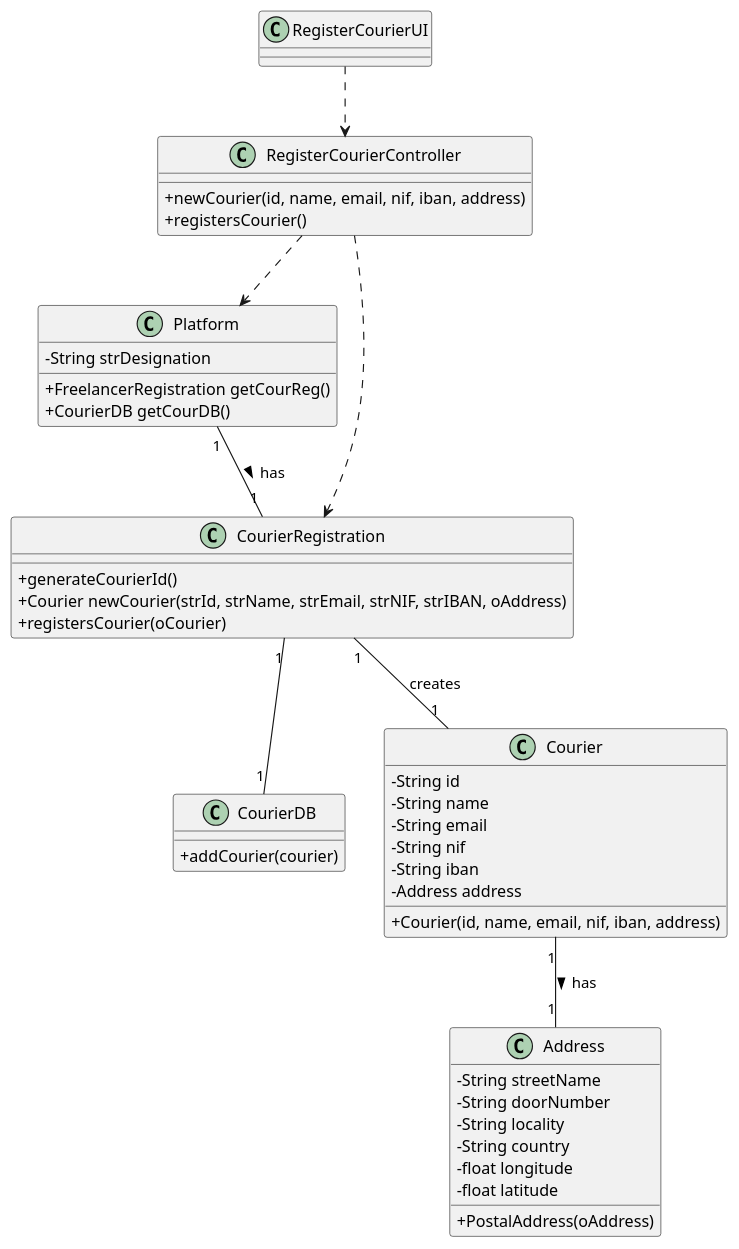
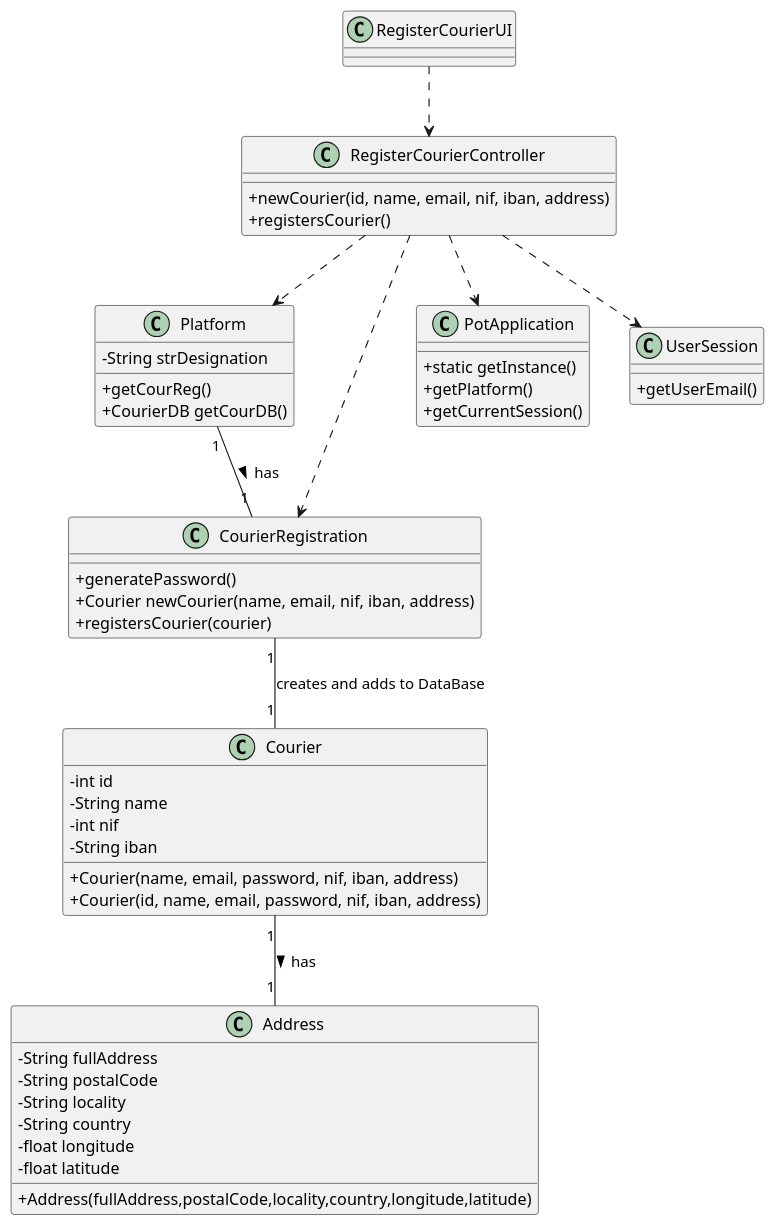
Before and after one commit to tiagoavcosta25/LAPR3: the diagram in docs/Iteration 1/Courier Management/US19_RegisterCourier/US19_CD.puml, drawn with PlantUML. The commit also changed 12 other files, not shown here.

Commit message:
LAPR2AP2-19 #close RegisterCourier [Implementation]

```diff
--- a/docs/Iteration 1/Courier Management/US19_RegisterCourier/US19_CD.puml
+++ b/docs/Iteration 1/Courier Management/US19_RegisterCourier/US19_CD.puml
@@ -1,70 +1,78 @@
 @startuml
 skinparam classAttributeIconSize 0
 
 
 class RegisterCourierUI {
     
 }
 
 class RegisterCourierController {
     
   +newCourier(id, name, email, nif, iban, address)
   +registersCourier()
 }
 
 class Platform {
   -String strDesignation
-  +FreelancerRegistration getCourReg()
+  +getCourReg()
   +CourierDB getCourDB()
 }
 
 class CourierRegistration {
 
-  +generateCourierId()
-  +Courier newCourier(strId, strName, strEmail, strNIF, strIBAN, oAddress)
-  +registersCourier(oCourier)
+  +generatePassword()
+  +Courier newCourier(name, email, nif, iban, address)
+  +registersCourier(courier)
 
-}
-
-class CourierDB {
-  +addCourier(courier)
 }
 
 
 class Courier {
-    -String id
+    -int id
     -String name
-    -String email
-    -String nif
+    -int nif
     -String iban
-    -Address address
 
-   +Courier(id, name, email, nif, iban, address)
+   +Courier(name, email, password, nif, iban, address)
+   +Courier(id, name, email, password, nif, iban, address)
 
 }
 
 class Address{
- -String streetName
-   -String doorNumber
-   -String locality
-   -String country
-   -float longitude
-   -float latitude
+ -String fullAddress
+ -String postalCode
+ -String locality
+ -String country
+ -float longitude
+ -float latitude
 
-  +PostalAddress(oAddress)
+  +Address(fullAddress,postalCode,locality,country,longitude,latitude)
 
+}
+
+class PotApplication
+{
+  +static getInstance()
+  +getPlatform()
+  +getCurrentSession()
+}
+
+class UserSession
+{
+  +getUserEmail()
 }
 
 Platform "1" -- "1" CourierRegistration: has >
 
-CourierRegistration "1" -- "1" CourierDB
-CourierRegistration "1" -- "1" Courier : creates
+CourierRegistration "1" -- "1" Courier : creates and adds to DataBase
 
 RegisterCourierUI ..> RegisterCourierController
 
 RegisterCourierController ..> Platform
 RegisterCourierController ..> CourierRegistration
+RegisterCourierController ..> PotApplication
+RegisterCourierController ..> UserSession
 
 Courier "1" -- "1" Address: has  >
 
 @enduml
```
